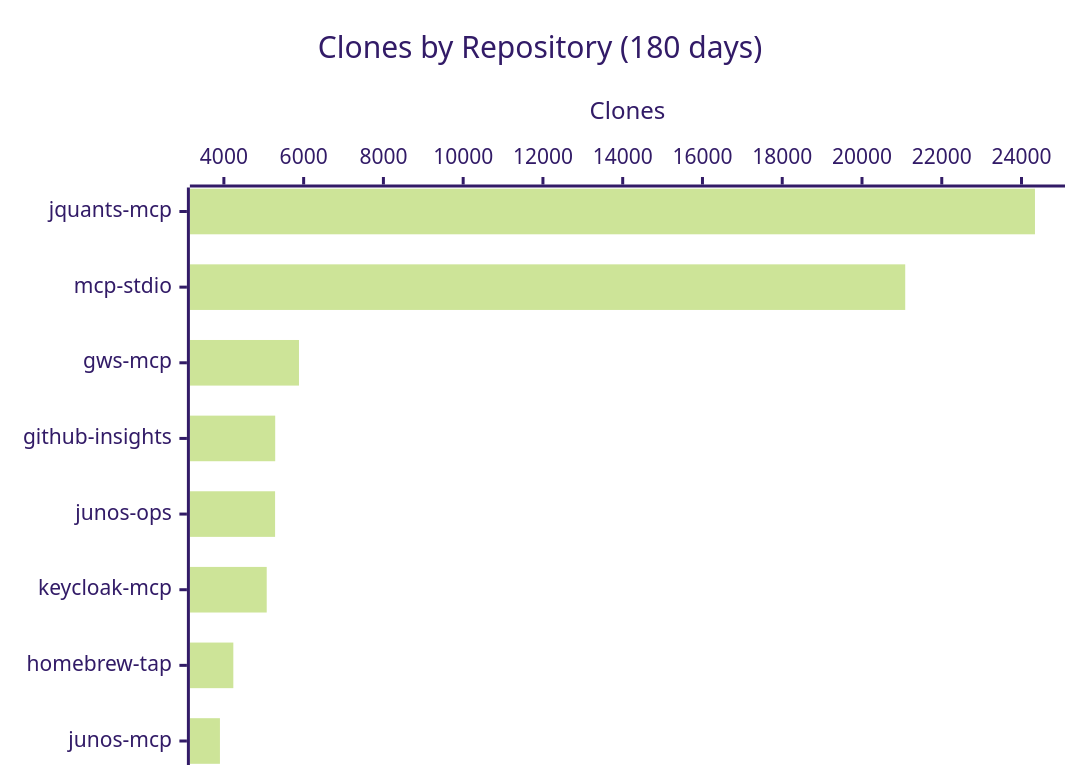
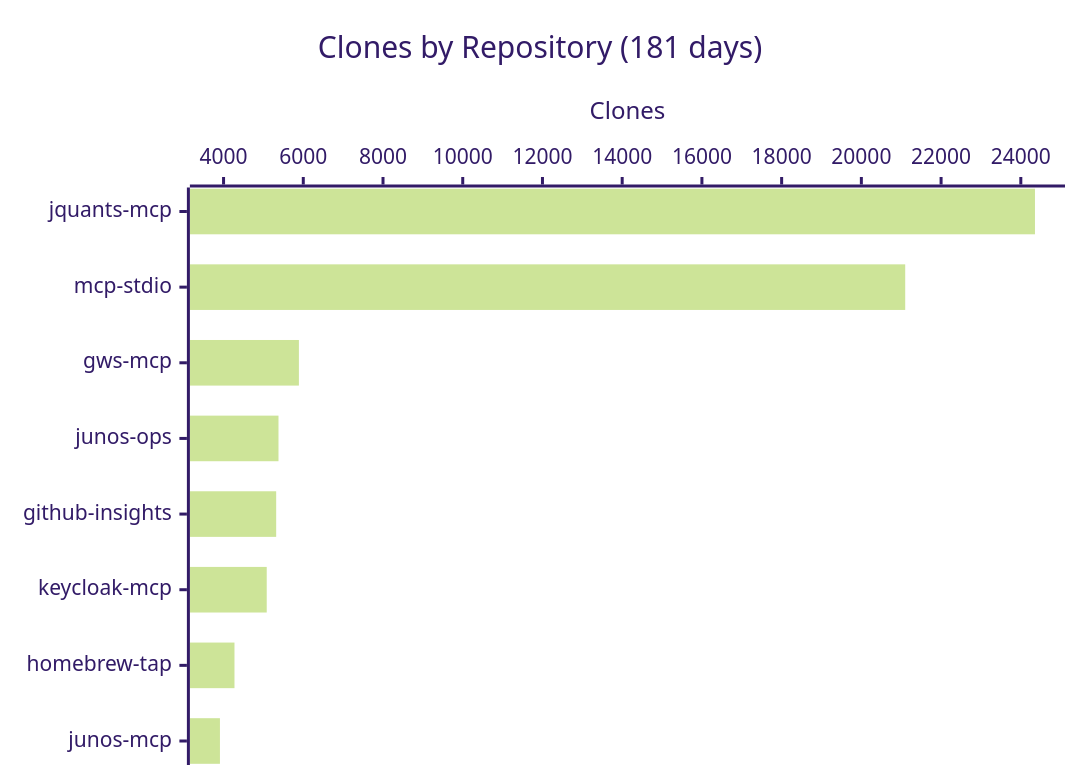
The fourth of 4 diagrams in README.md (shigechika/github-insights), drawn with Mermaid (forest theme) before and after one commit. The commit also changed other lines of this file and 2 other files, not shown here.

````diff
--- a/README.md
+++ b/README.md
@@ -58,7 +58,7 @@
 ```mermaid
 xychart-beta horizontal
-    title "Clones by Repository (180 days)"
-    x-axis ["jquants-mcp", "mcp-stdio", "gws-mcp", "github-insights", "junos-ops", "keycloak-mcp", "homebrew-tap", "junos-mcp"]
+    title "Clones by Repository (181 days)"
+    x-axis ["jquants-mcp", "mcp-stdio", "gws-mcp", "junos-ops", "github-insights", "keycloak-mcp", "homebrew-tap", "junos-mcp"]
     y-axis "Clones"
-    bar [24337, 21084, 5883, 5287, 5284, 5074, 4237, 3901]
+    bar [24355, 21100, 5890, 5378, 5320, 5083, 4274, 3909]
 ```
````
